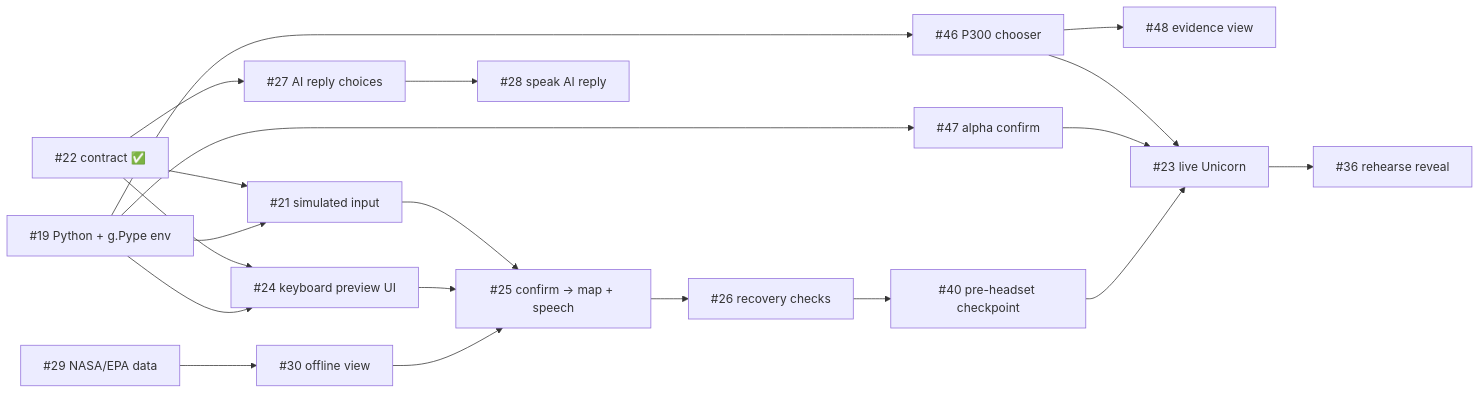
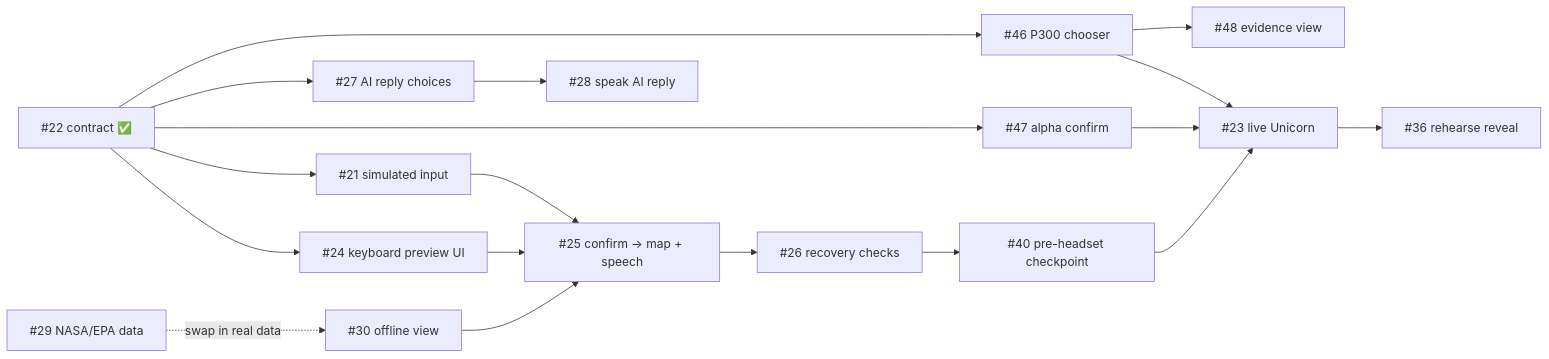
The second of 2 diagrams in docs/architecture/selection-contract.md (Order-of-the-Golden-Eagles/Signal2Speech), drawn with Mermaid before and after one commit. The commit also changed other lines of this file, not shown here.

Commit message:
Unblock tracks: drop env and data soft dependencies from the graph

````diff
--- a/docs/architecture/selection-contract.md
+++ b/docs/architecture/selection-contract.md
@@ -154,22 +154,20 @@
 ```mermaid
 flowchart LR
     I22["#22 contract ✅"] --> I21["#21 simulated input"]
     I22 --> I24["#24 keyboard preview UI"]
     I22 --> I27["#27 AI reply choices"]
-    I19["#19 Python + g.Pype env"] --> I21
-    I19 --> I24
-    I19 --> I46["#46 P300 chooser"]
-    I19 --> I47["#47 alpha confirm"]
-    I29["#29 NASA/EPA data"] --> I30["#30 offline view"]
+    I22 --> I46["#46 P300 chooser"]
+    I22 --> I47["#47 alpha confirm"]
+    I29["#29 NASA/EPA data"] -.->|swap in real data| I30["#30 offline view"]
     I21 --> I25["#25 confirm → map + speech"]
     I24 --> I25
     I30 --> I25
     I46 --> I48["#48 evidence view"]
     I25 --> I26["#26 recovery checks"]
     I26 --> I40["#40 pre-headset checkpoint"]
     I46 --> I23["#23 live Unicorn"]
     I47 --> I23
     I40 --> I23
     I23 --> I36["#36 rehearse reveal"]
     I27 --> I28["#28 speak AI reply"]
 ```
````
